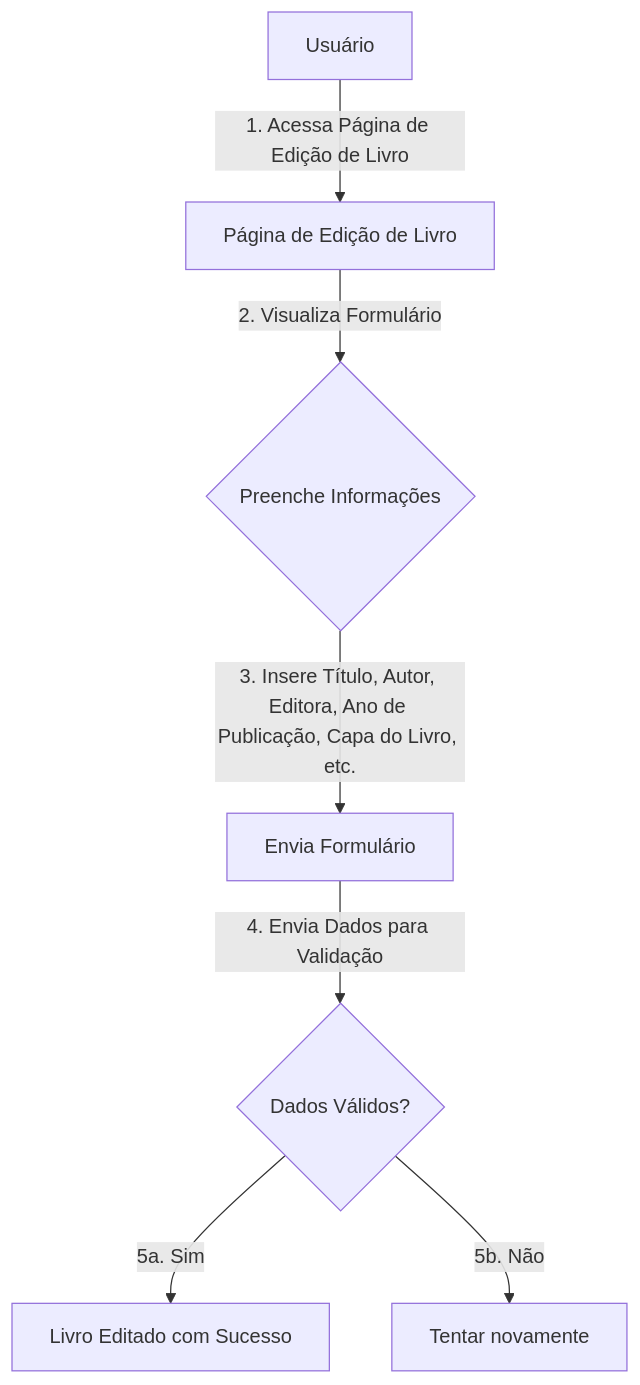
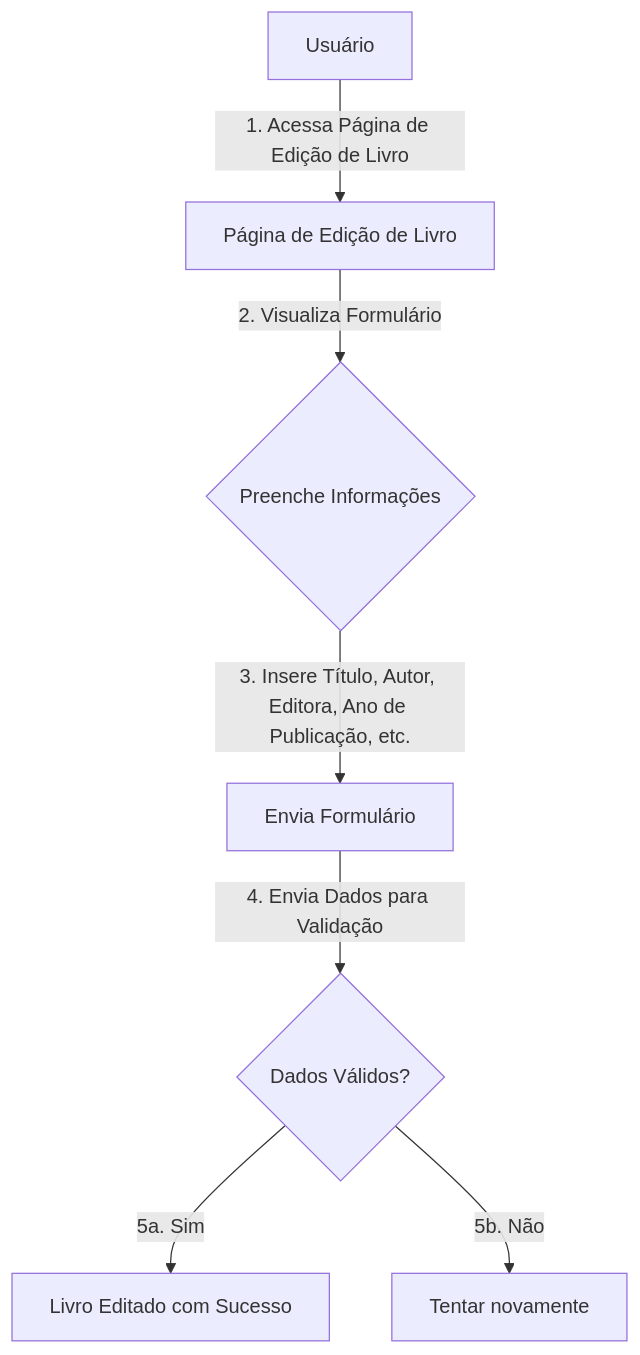
One commit to ICEI-PUC-Minas-PMV-SI/pmv-si-2024-1-pe6-t1-g1-gestao-de-acervo-literario-pessoal changed the seventh of 11 diagrams in docs/frontend-web.md. Above: the diagram before and after it, drawn with Mermaid. The commit also changed other lines of this file, not shown here.

````diff
--- a/docs/frontend-web.md
+++ b/docs/frontend-web.md
@@ -436,11 +430,11 @@
 ```mermaid
 
 graph TD;
     A[Usuário] -->|1. Acessa Página de Edição de Livro| B[Página de Edição de Livro];
     B -->|2. Visualiza Formulário| C{Preenche Informações};
-    C -->|3. Insere Título, Autor, Editora, Ano de Publicação, Capa do Livro, etc.| D[Envia Formulário];
+    C -->|3. Insere Título, Autor, Editora, Ano de Publicação, etc.| D[Envia Formulário];
     D -->|4. Envia Dados para Validação| E{Dados Válidos?};
     E -->|5a. Sim| F[Livro Editado com Sucesso];
     E -->|5b. Não| G[Tentar novamente];
 
 ```
````
